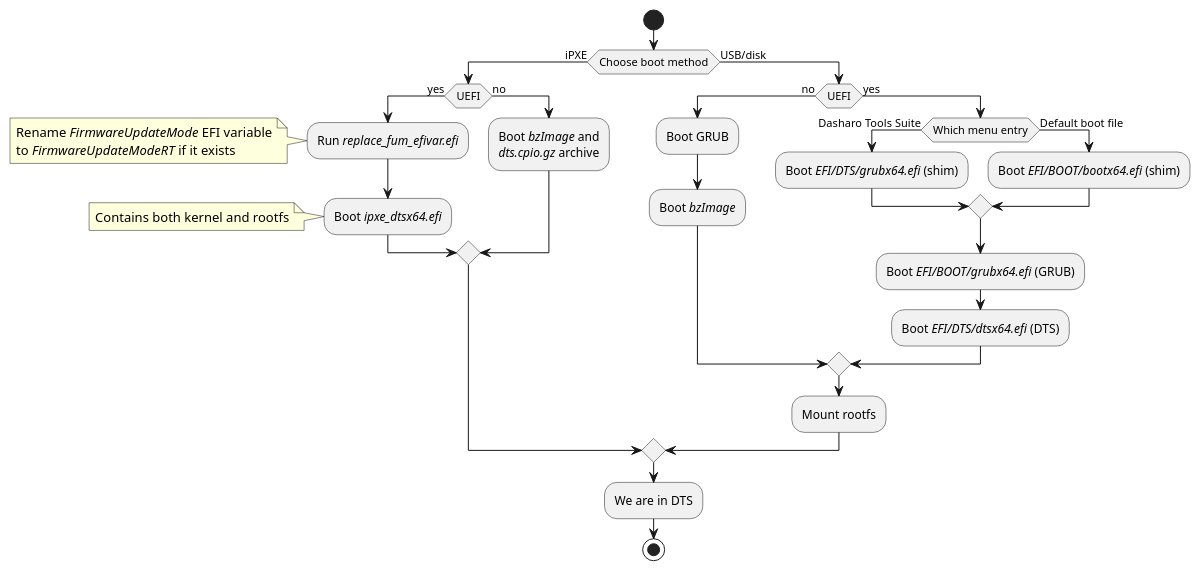
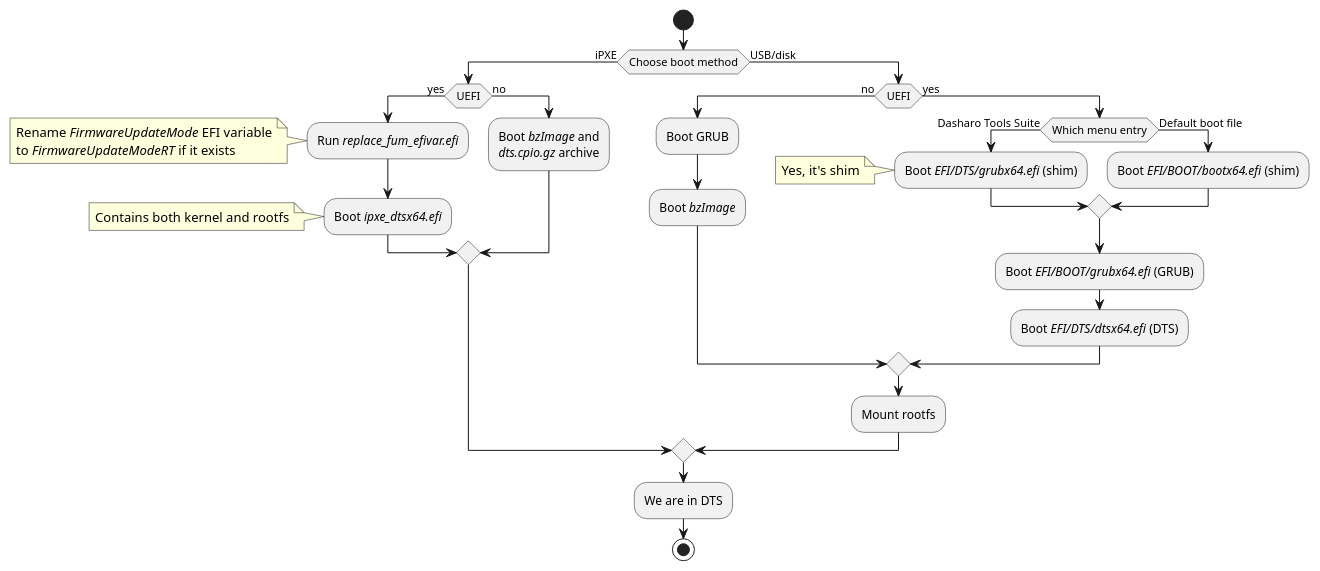
The diagram in docs/images/boot-paths.puml (Dasharo/meta-dts), drawn with PlantUML before and after one commit. The commit also changed 2 other files, not shown here.

Commit message:
docs: boot-paths: add note to grubx64.efi (shim) and sign *efivar.efi

```diff
--- a/docs/images/boot-paths.puml
+++ b/docs/images/boot-paths.puml
@@ -1,35 +1,38 @@
 @startuml "boot-paths"
   start
   if (Choose boot method) then (iPXE)
     if (UEFI) then (yes)
       :Run //replace_fum_efivar.efi//;
       note left
         Rename //FirmwareUpdateMode// EFI variable
         to //FirmwareUpdateModeRT// if it exists
       endnote
       :Boot //ipxe_dtsx64.efi//;
       note left
         Contains both kernel and rootfs
       endnote
     else (no)
       :Boot //bzImage// and
       //dts.cpio.gz// archive;
     endif
   else (USB/disk)
     if (UEFI) then (no)
       :Boot GRUB;
       :Boot //bzImage//;
     else (yes)
       if (Which menu entry) then (Dasharo Tools Suite)
         :Boot //EFI/DTS/grubx64.efi// (shim);
+        note left
+          Yes, it's shim
+        endnote
       else (Default boot file)
         :Boot //EFI/BOOT/bootx64.efi// (shim);
       endif
         :Boot //EFI/BOOT/grubx64.efi// (GRUB);
         :Boot //EFI/DTS/dtsx64.efi// (DTS);
     endif
     :Mount rootfs;
   endif
   :We are in DTS;
   stop
 @enduml
```
